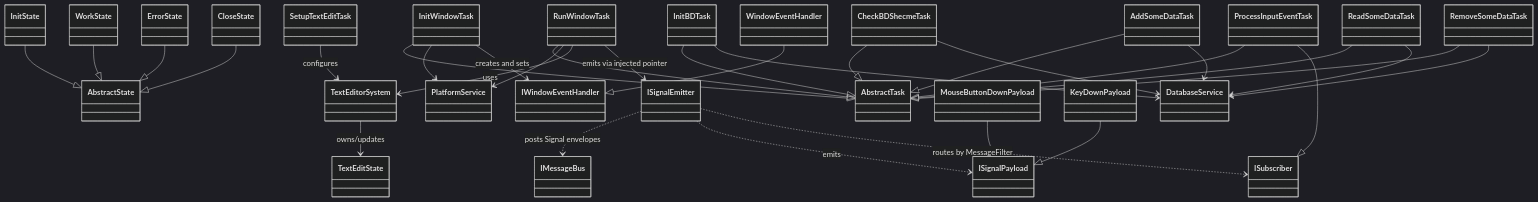
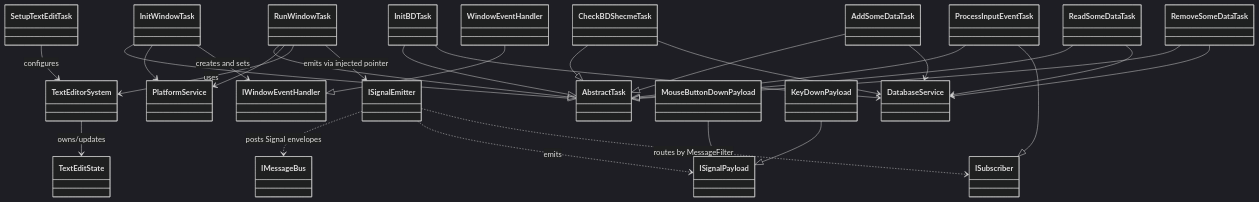
One commit to vigine-dev/Vigine changed the diagram in doc/example-class-diagram.md. Above: the diagram before and after it, drawn with Mermaid (dark theme). The commit also changed 31 other files, not shown here.

First line of the commit message:
Delete legacy root-namespace engine, context, state machine, task flow (#282)

````diff
--- a/doc/example-class-diagram.md
+++ b/doc/example-class-diagram.md
@@ -3,74 +3,63 @@
 ```mermaid
 classDiagram
 direction TB
-
-class InitState
-class WorkState
-class ErrorState
-class CloseState
-class AbstractState
 
 class InitWindowTask
 class RunWindowTask
 class SetupTextEditTask
 class TextEditorSystem
 class TextEditState
 class ProcessInputEventTask
 class InitBDTask
 class CheckBDShecmeTask
 class AddSomeDataTask
 class ReadSomeDataTask
 class RemoveSomeDataTask
 class AbstractTask
 
 class WindowEventHandler
 class IWindowEventHandler
 class PlatformService
 class DatabaseService
 
 class MouseButtonDownPayload
 class KeyDownPayload
 class ISignalPayload
 
 class ISignalEmitter
 class ISubscriber
 class IMessageBus
-
-InitState --|> AbstractState
-WorkState --|> AbstractState
-ErrorState --|> AbstractState
-CloseState --|> AbstractState
 
 InitWindowTask --|> AbstractTask
 RunWindowTask --|> AbstractTask
 ProcessInputEventTask --|> AbstractTask
 InitBDTask --|> AbstractTask
 CheckBDShecmeTask --|> AbstractTask
 AddSomeDataTask --|> AbstractTask
 ReadSomeDataTask --|> AbstractTask
 RemoveSomeDataTask --|> AbstractTask
 
 WindowEventHandler --|> IWindowEventHandler
 InitWindowTask --> PlatformService
 InitWindowTask --> IWindowEventHandler : creates and sets
 RunWindowTask --> PlatformService
 RunWindowTask --> TextEditorSystem : uses
 SetupTextEditTask --> TextEditorSystem : configures
 TextEditorSystem --> TextEditState : owns/updates
 
 RunWindowTask --> ISignalEmitter : emits via injected pointer
 ProcessInputEventTask --|> ISubscriber
 
 MouseButtonDownPayload --|> ISignalPayload
 KeyDownPayload --|> ISignalPayload
 
 ISignalEmitter ..> IMessageBus : posts Signal envelopes
 ISignalEmitter ..> ISignalPayload : emits
 ISignalEmitter ..> ISubscriber : routes by MessageFilter
 
 InitBDTask --> DatabaseService
 CheckBDShecmeTask --> DatabaseService
 AddSomeDataTask --> DatabaseService
 ReadSomeDataTask --> DatabaseService
 RemoveSomeDataTask --> DatabaseService
 ```
````
